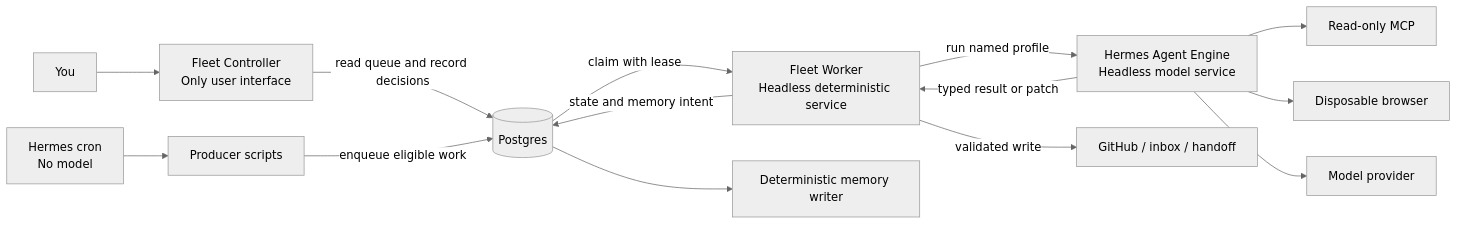
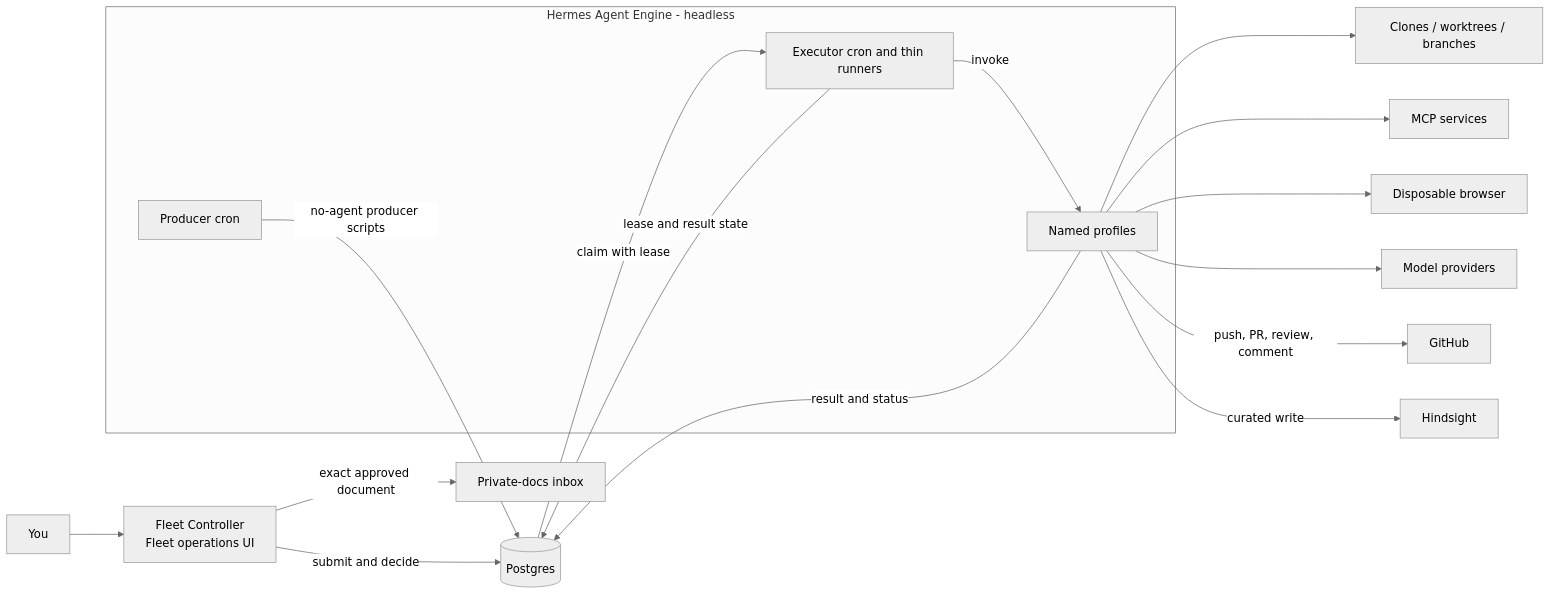
The diagram in docs/hermes/DD-host-native-agent-engine.md (Zhachory1/ai-pr-automation), drawn with Mermaid (neutral theme) before and after one commit. The commit also changed other lines of this file, not shown here.

Commit message:
docs(hermes): choose full agent autonomy

````diff
--- a/docs/hermes/DD-host-native-agent-engine.md
+++ b/docs/hermes/DD-host-native-agent-engine.md
@@ -128,20 +209,27 @@
 ```mermaid
 flowchart LR
-    YOU[You] --> FC[Fleet Controller<br/>Only user interface]
-    FC -->|read queue and record decisions| DB[(Postgres)]
+    YOU[You] --> FC[Fleet Controller<br/>Fleet operations UI]
+    FC -->|submit and decide| DB[(Postgres)]
 
-    CRON[Hermes cron<br/>No model] --> PROD[Producer scripts]
-    PROD -->|enqueue eligible work| DB
+    subgraph H[Hermes Agent Engine - headless]
+      HC[Producer cron]
+      EX[Executor cron and thin runners]
+      P[Named profiles]
+      EX -->|invoke| P
+    end
 
-    DB -->|claim with lease| FW[Fleet Worker<br/>Headless deterministic service]
-    FW -->|run named profile| H[Hermes Agent Engine<br/>Headless model service]
-    H -->|typed result or patch| FW
+    HC -->|no-agent producer scripts| DB
+    DB -->|claim with lease| EX
+    EX -->|lease and result state| DB
 
-    H --> MCP[Read-only MCP]
-    H --> WEB[Disposable browser]
-    H --> MODEL[Model provider]
+    P --> WORK[Clones / worktrees / branches]
+    P --> MCP[MCP services]
+    P --> WEB[Disposable browser]
+    P --> MODEL[Model providers]
 
-    FW -->|validated write| OUT[GitHub / inbox / handoff]
-    FW -->|state and memory intent| DB
-    DB --> MEM[Deterministic memory writer]
+    P -->|push, PR, review, comment| GH[GitHub]
+    P -->|curated write| MEM[Hindsight]
+    P -->|result and status| DB
+
+    FC -->|exact approved document| DOC[Private-docs inbox]
 ```
````
